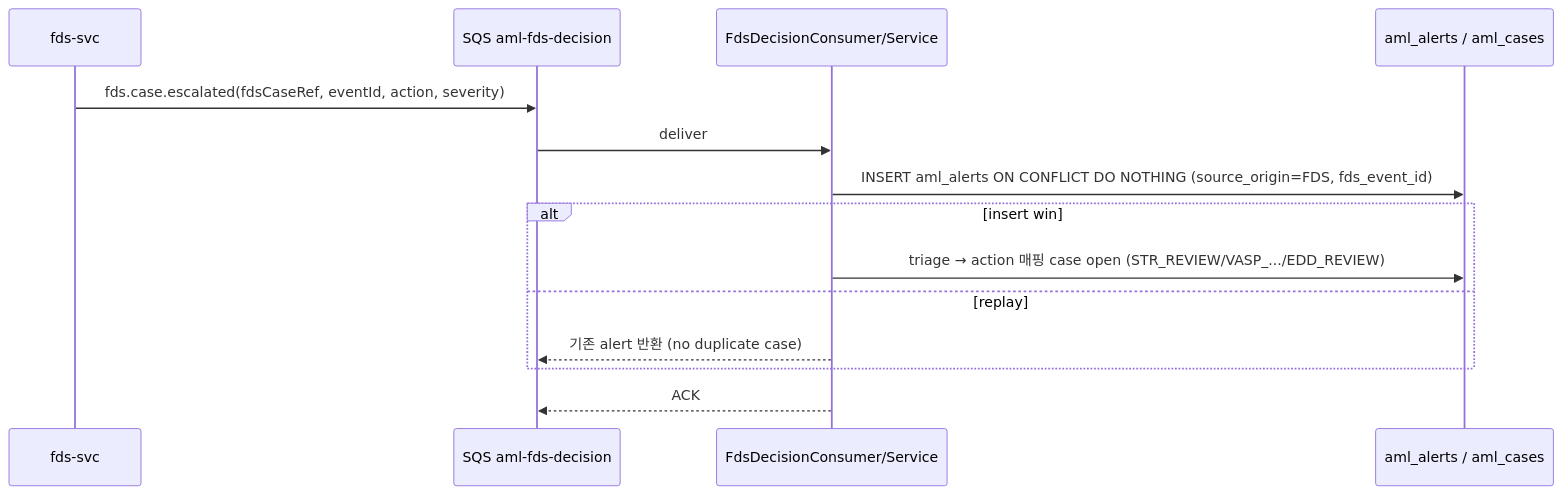
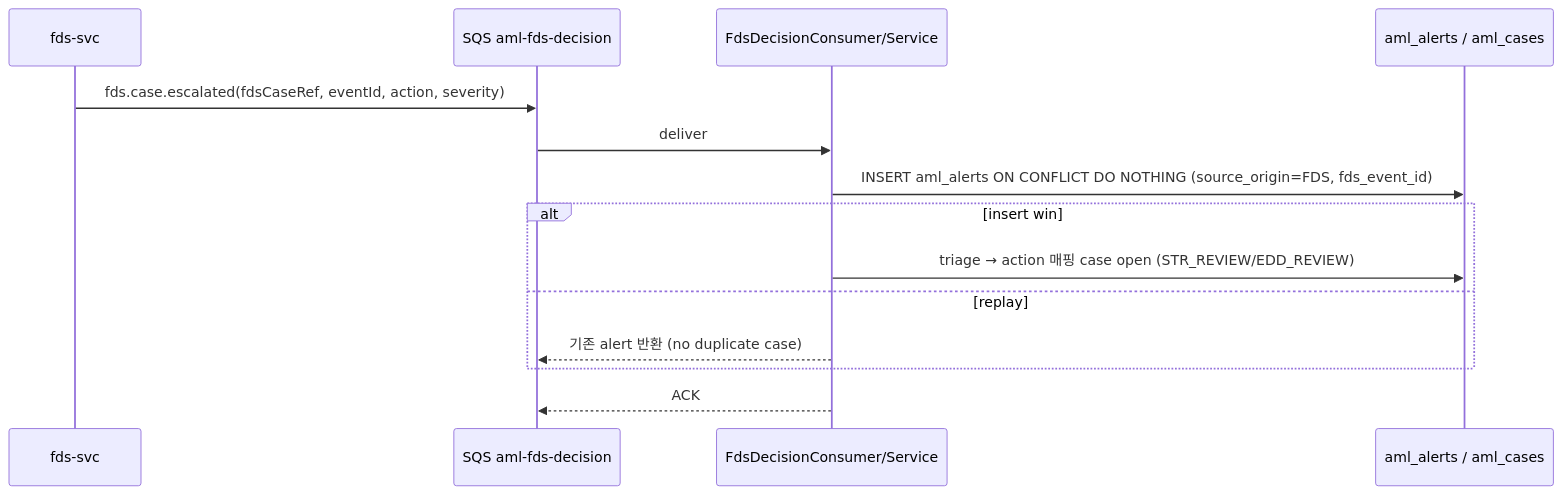
One commit to smkim89/aml-system-docs changed the fifth of 9 diagrams in docs/design/integration/02-aml-integration.md. Above: the diagram before and after it, drawn with Mermaid. The commit also changed other lines of this file and 13 other files, not shown here.

````diff
--- a/docs/design/integration/02-aml-integration.md
+++ b/docs/design/integration/02-aml-integration.md
@@ -364,16 +364,16 @@
 ```mermaid
 sequenceDiagram
     participant FDS as fds-svc
     participant Q as SQS aml-fds-decision
     participant C as FdsDecisionConsumer/Service
     participant DB as aml_alerts / aml_cases
     FDS->>Q: fds.case.escalated(fdsCaseRef, eventId, action, severity)
     Q->>C: deliver
     C->>DB: INSERT aml_alerts ON CONFLICT DO NOTHING (source_origin=FDS, fds_event_id)
     alt insert win
-        C->>DB: triage → action 매핑 case open (STR_REVIEW/VASP_.../EDD_REVIEW)
+        C->>DB: triage → action 매핑 case open (STR_REVIEW/EDD_REVIEW)
     else replay
         C-->>Q: 기존 alert 반환 (no duplicate case)
     end
     C-->>Q: ACK
 ```
````
